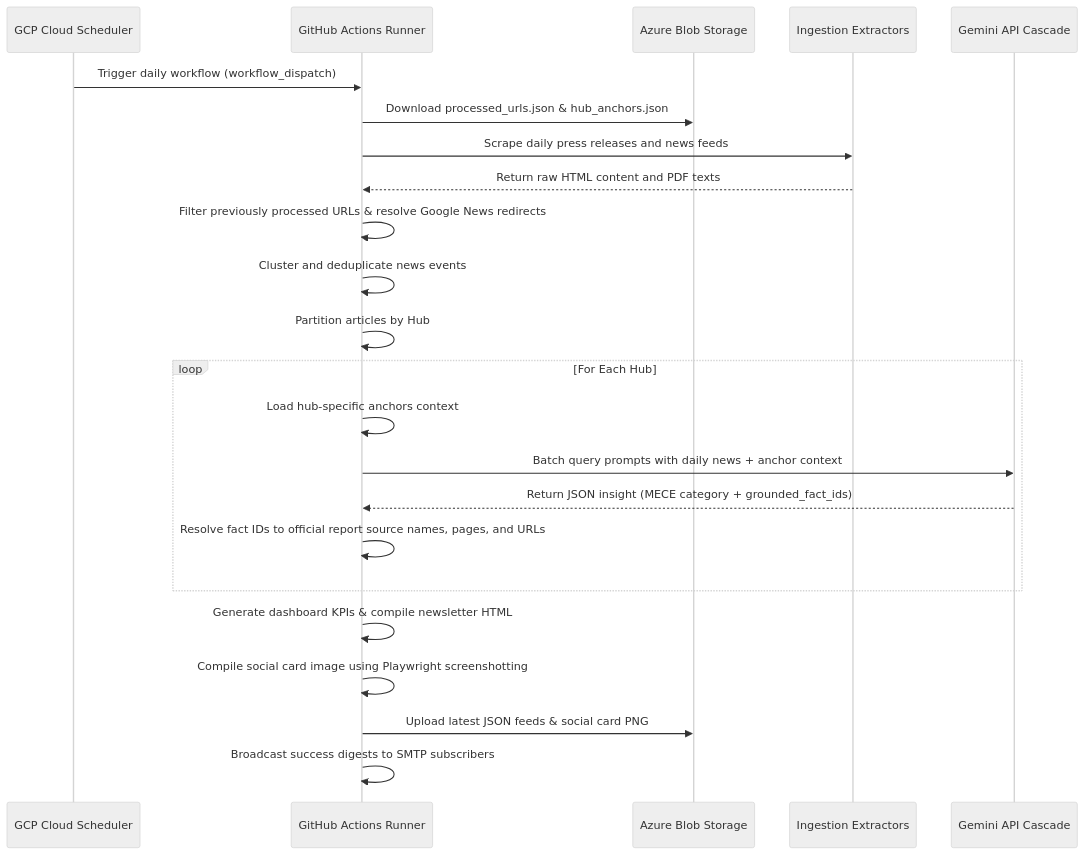
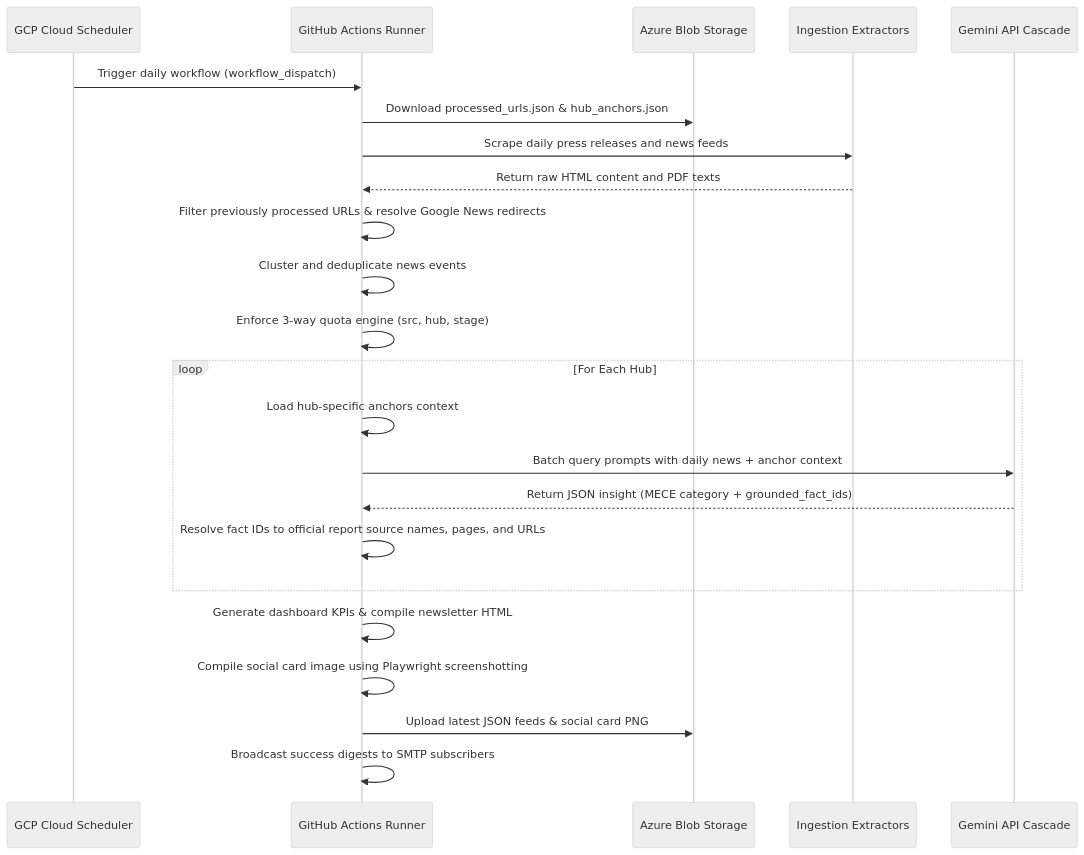
The second of 3 diagrams in docs/architecture_arc42_mining_hubs.md (4mayAi/canadian-grant-intelligence), drawn with Mermaid (neutral theme) before and after one commit. The commit also changed other lines of this file, not shown here.

Commit message:
docs: update arc42 architecture for 6-stage water-cycle mining engine and document research gaps

````diff
--- a/docs/architecture_arc42_mining_hubs.md
+++ b/docs/architecture_arc42_mining_hubs.md
@@ -172,28 +201,28 @@
 ```mermaid
 sequenceDiagram
     participant Scheduler as GCP Cloud Scheduler
     participant Runner as GitHub Actions Runner
     participant Azure as Azure Blob Storage
     participant Ext as Ingestion Extractors
     participant LLM as Gemini API Cascade
     
     Scheduler->>Runner: Trigger daily workflow (workflow_dispatch)
     Runner->>Azure: Download processed_urls.json & hub_anchors.json
     Runner->>Ext: Scrape daily press releases and news feeds
     Ext-->>Runner: Return raw HTML content and PDF texts
     Runner->>Runner: Filter previously processed URLs & resolve Google News redirects
     Runner->>Runner: Cluster and deduplicate news events
-    Runner->>Runner: Partition articles by Hub
+    Runner->>Runner: Enforce 3-way quota engine (src, hub, stage)
     
     loop For Each Hub
         Runner->>Runner: Load hub-specific anchors context
         Runner->>LLM: Batch query prompts with daily news + anchor context
         LLM-->>Runner: Return JSON insight (MECE category + grounded_fact_ids)
         Runner->>Runner: Resolve fact IDs to official report source names, pages, and URLs
     end
     
     Runner->>Runner: Generate dashboard KPIs & compile newsletter HTML
     Runner->>Runner: Compile social card image using Playwright screenshotting
     Runner->>Azure: Upload latest JSON feeds & social card PNG
     Runner->>Runner: Broadcast success digests to SMTP subscribers
 ```
````
